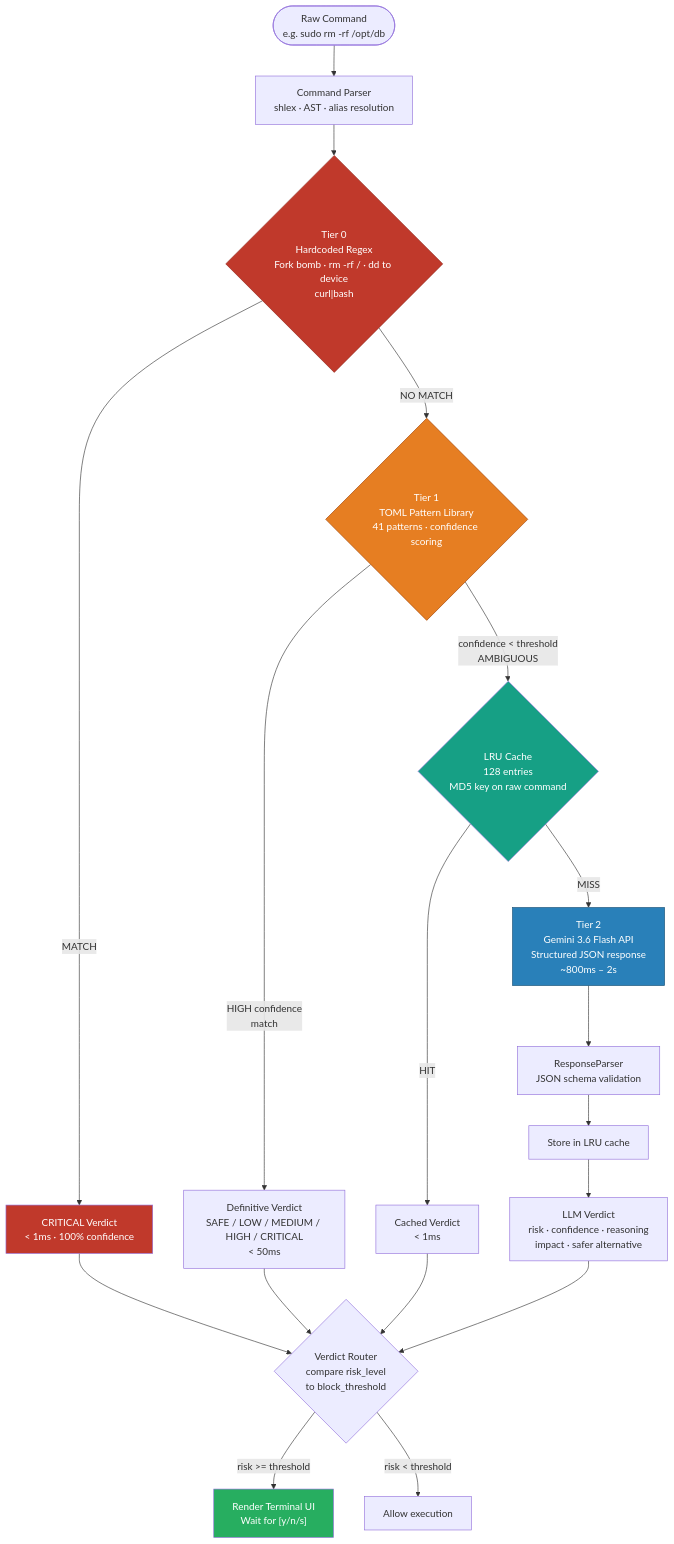
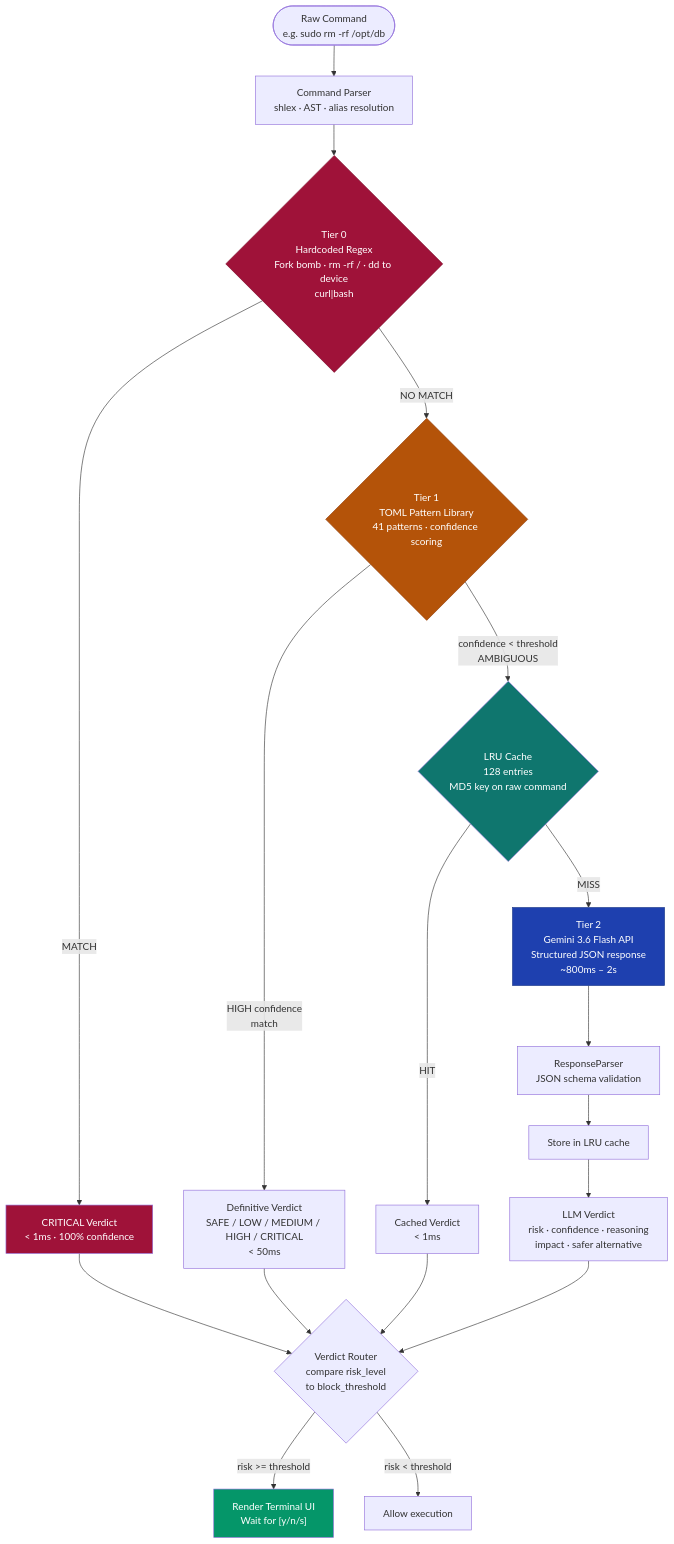
One commit to OliveishPraveen/AI-Based-System-Intent-Engine changed the second of 9 diagrams in docs/ARCHITECTURE.md. Above: the diagram before and after it, drawn with Mermaid. The commit also changed other lines of this file and 2 other files, not shown here.

Commit message:
docs: Fix mermaid gantt chart parsing and improve color aesthetics

````diff
--- a/docs/ARCHITECTURE.md
+++ b/docs/ARCHITECTURE.md
@@ -56,39 +56,39 @@
 ```mermaid
 flowchart TD
     CMD(["Raw Command<br/>e.g. sudo rm -rf /opt/db"])
 
     CMD --> PRE["Command Parser<br/>shlex · AST · alias resolution"]
 
     PRE --> T0{"Tier 0<br/>Hardcoded Regex<br/>Fork bomb · rm -rf / · dd to device<br/>curl|bash"}
 
     T0 -->|"MATCH"| CRIT["CRITICAL Verdict<br/>< 1ms · 100% confidence"]
 
     T0 -->|"NO MATCH"| T1{"Tier 1<br/>TOML Pattern Library<br/>41 patterns · confidence scoring"}
 
     T1 -->|"HIGH confidence<br/>match"| VERDICT1["Definitive Verdict<br/>SAFE / LOW / MEDIUM / HIGH / CRITICAL<br/>< 50ms"]
 
     T1 -->|"confidence < threshold<br/>AMBIGUOUS"| CACHE{"LRU Cache<br/>128 entries<br/>MD5 key on raw command"}
 
     CACHE -->|"HIT"| CACHED["Cached Verdict<br/>< 1ms"]
     CACHE -->|"MISS"| T2["Tier 2<br/>Gemini 3.6 Flash API<br/>Structured JSON response<br/>~800ms – 2s"]
 
     T2 --> PARSE["ResponseParser<br/>JSON schema validation"]
     PARSE --> STORE["Store in LRU cache"]
     STORE --> VERDICT2["LLM Verdict<br/>risk · confidence · reasoning<br/>impact · safer alternative"]
 
     CRIT --> ROUTER
     VERDICT1 --> ROUTER
     CACHED --> ROUTER
     VERDICT2 --> ROUTER
 
     ROUTER{"Verdict Router<br/>compare risk_level<br/>to block_threshold"}
     ROUTER -->|"risk >= threshold"| BLOCK["Render Terminal UI<br/>Wait for [y/n/s]"]
     ROUTER -->|"risk < threshold"| PASS["Allow execution"]
 
-    style CRIT fill:#c0392b,color:#fff
-    style T0 fill:#c0392b,color:#fff,stroke:#922b21
-    style T1 fill:#e67e22,color:#fff,stroke:#a04000
-    style T2 fill:#2980b9,color:#fff,stroke:#1a5276
-    style CACHE fill:#16a085,color:#fff
-    style BLOCK fill:#27ae60,color:#fff
+    style CRIT fill:#9f1239,color:#fff
+    style T0 fill:#9f1239,color:#fff,stroke:#7e0f2d
+    style T1 fill:#b45309,color:#fff,stroke:#92400e
+    style T2 fill:#1e40af,color:#fff,stroke:#1e3a8a
+    style CACHE fill:#0f766e,color:#fff
+    style BLOCK fill:#059669,color:#fff
 ```
````
